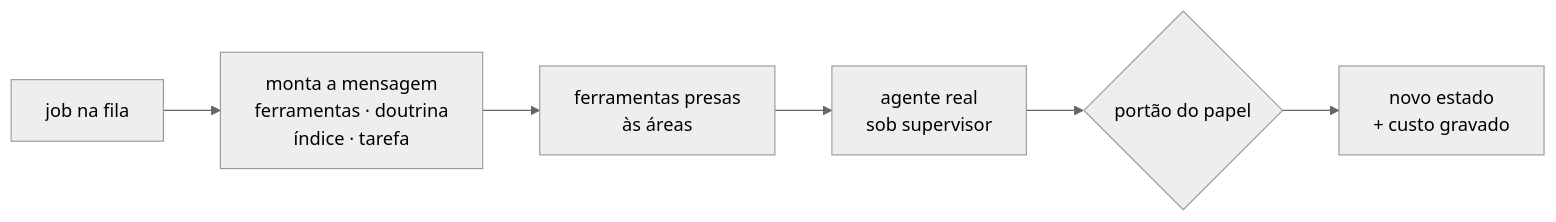
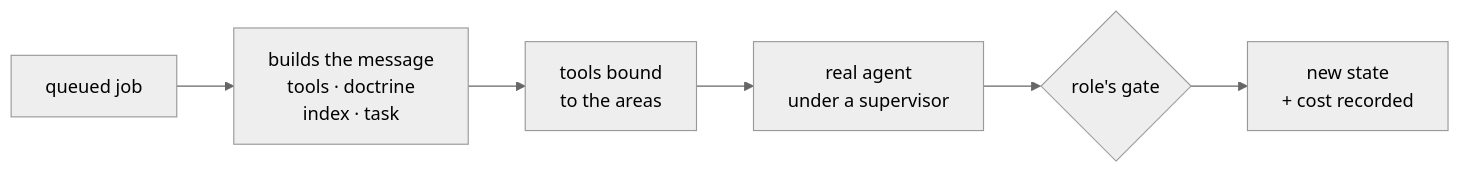
The diagram in docs/tasks/en/E7-dashboard-and-automation/FAB-707-the-real-agent-end-to-end.md (enzoconsulo/factory-tcc), drawn with Mermaid (neutral theme) before and after one commit. The commit also changed other lines of this file and 52 other files, not shown here.

````diff
--- a/docs/tasks/en/E7-dashboard-and-automation/FAB-707-the-real-agent-end-to-end.md
+++ b/docs/tasks/en/E7-dashboard-and-automation/FAB-707-the-real-agent-end-to-end.md
@@ -11,8 +11,8 @@
 ```mermaid
 flowchart LR
-  J["job na fila"] --> M["monta a mensagem<br/>ferramentas · doutrina<br/>índice · tarefa"]
-  M --> T["ferramentas presas<br/>às áreas"]
-  T --> L["agente real<br/>sob supervisor"]
-  L --> G{"portão do papel"}
-  G --> S["novo estado<br/>+ custo gravado"]
+  J["queued job"] --> M["builds the message<br/>tools · doctrine<br/>index · task"]
+  M --> T["tools bound<br/>to the areas"]
+  T --> L["real agent<br/>under a supervisor"]
+  L --> G{"role's gate"}
+  G --> S["new state<br/>+ cost recorded"]
 ```
````
